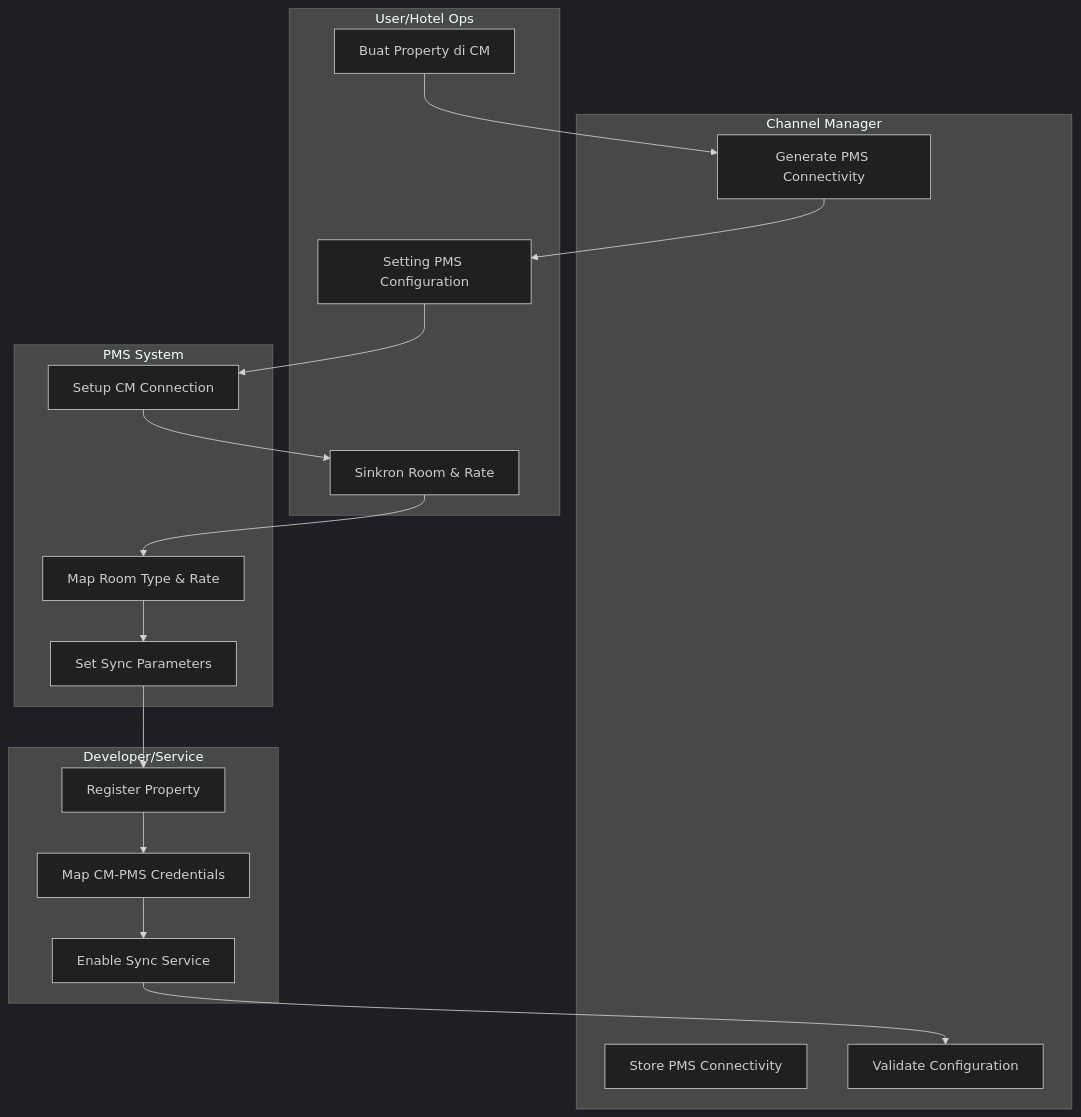
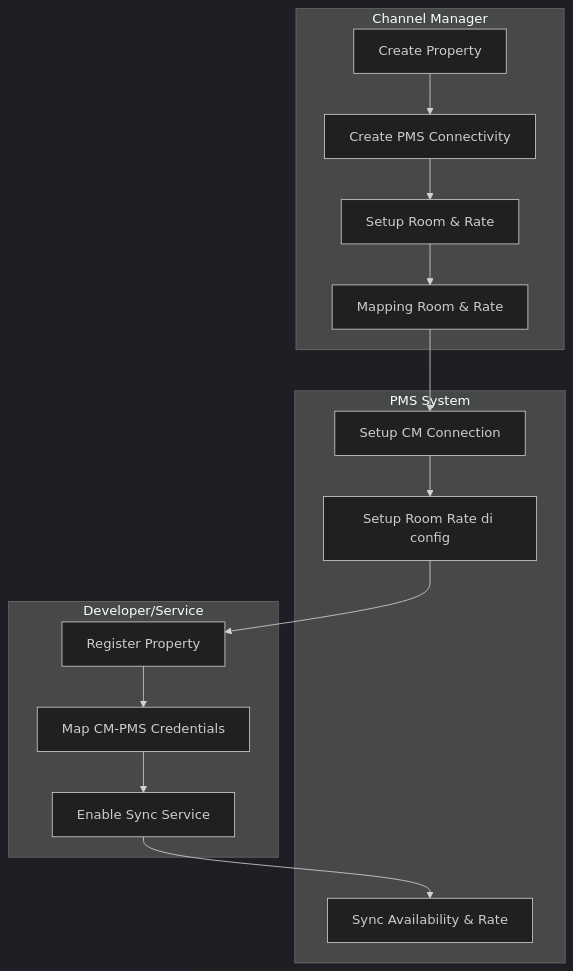
One commit to cakramediadata2022/cflow changed the second of 3 diagrams in docs/channel-manager/integration-flow/channel-manager-pms-integration.md. Above: the diagram before and after it, drawn with Mermaid (dark theme). The commit also changed other lines of this file, not shown here.

Commit message:
Update channel manager-PMS integration flow diagram
Refactored the Mermaid flowchart to clarify integration steps and roles, updated technical notes for security and error handling, and added vendor information to property registration instructions. These changes improve documentation accuracy and provide clearer guidance for developers and stakeholders.

````diff
--- a/docs/channel-manager/integration-flow/channel-manager-pms-integration.md
+++ b/docs/channel-manager/integration-flow/channel-manager-pms-integration.md
@@ -48,37 +48,33 @@
 ```mermaid
 flowchart TD
-    subgraph "User/Hotel Ops"
-        A1[Buat Property di CM]
-        A2[Setting PMS Configuration]
-        A3[Sinkron Room & Rate]
-    end
-
     subgraph "Channel Manager"
-        B1[Generate PMS Connectivity]
-        B2[Store PMS Connectivity]
-        B3[Validate Configuration]
+        A1[Create Property]
+        A2[Create PMS Connectivity]
+        A3[Setup Room & Rate]
+        A4[Mapping Room & Rate]
     end
 
     subgraph "PMS System"
-        C1[Setup CM Connection]
-        C2[Map Room Type & Rate]
-        C3[Set Sync Parameters]
+        B1[Setup CM Connection]
+        B2[Setup Room Rate di config]
+        B3[Sync Availability & Rate]
     end
 
     subgraph "Developer/Service"
-        D1[Register Property]
-        D2[Map CM-PMS Credentials]
-        D3[Enable Sync Service]
+        C1[Register Property]
+        C2[Map CM-PMS Credentials]
+        C3[Enable Sync Service]
     end
 
-    A1 --> B1
-    B1 --> A2
-    A2 --> C1
-    C1 --> A3
-    A3 --> C2
+    A1 --> A2
+    A2 --> A3
+    A3 --> A4
+    A4 --> B1
+    B1 --> B2
+    B2 --> C1
+    C1 --> C2
     C2 --> C3
-    C3 --> D1
-    D1 --> D2
-    D2 --> D3
-    D3 --> B3
+    C3 --> B3
+
+
 ```
````
